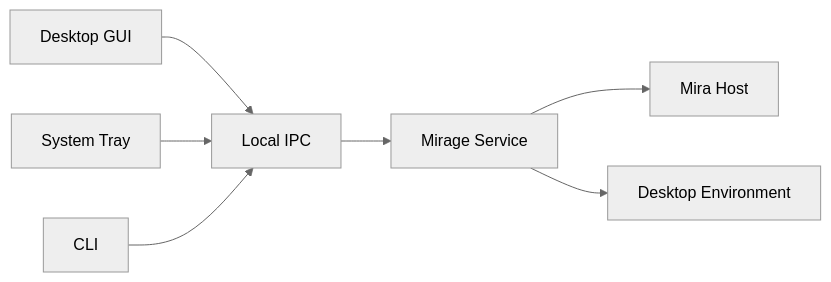
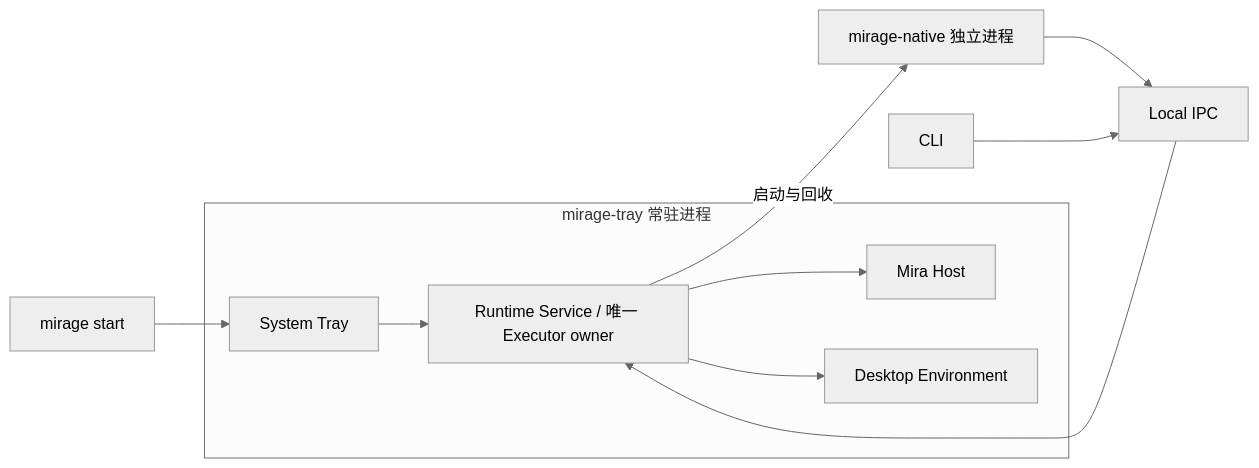
Before and after one commit to Linductor-alkaid/mirage: the tenth of 14 diagrams in docs/design/Mirage：Linux - Windows 桌面端设计方案.md, drawn with Mermaid (neutral theme). The commit also changed other lines of this file and 54 other files, not shown here.

Commit message:
feat(apps): host agent runtime in tray process

````diff
--- a/docs/design/Mirage：Linux - Windows 桌面端设计方案.md
+++ b/docs/design/Mirage：Linux - Windows 桌面端设计方案.md
@@ -556,15 +556,13 @@
 ```mermaid
 graph LR
-    GUI["Desktop GUI"]
-    Tray["System Tray"]
-    CLI["CLI"]
-
+    Entry["mirage start"] --> Tray
+    subgraph Resident["mirage-tray 常驻进程"]
+        Tray["System Tray"] --> Service["Runtime Service / 唯一 Executor owner"]
+        Service --> Mira["Mira Host"]
+        Service --> Desktop["Desktop Environment"]
+    end
+    Service -->|启动与回收| GUI["mirage-native 独立进程"]
     GUI --> IPC["Local IPC"]
-    Tray --> IPC
-    CLI --> IPC
-
-    IPC --> Service["Mirage Service"]
-
-    Service --> Mira["Mira Host"]
-    Service --> Desktop["Desktop Environment"]
+    CLI["CLI"] --> IPC
+    IPC --> Service
 ```
````
